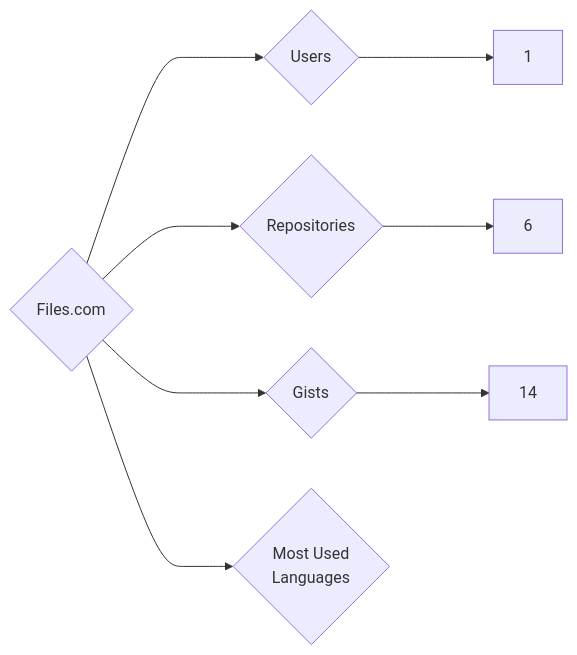
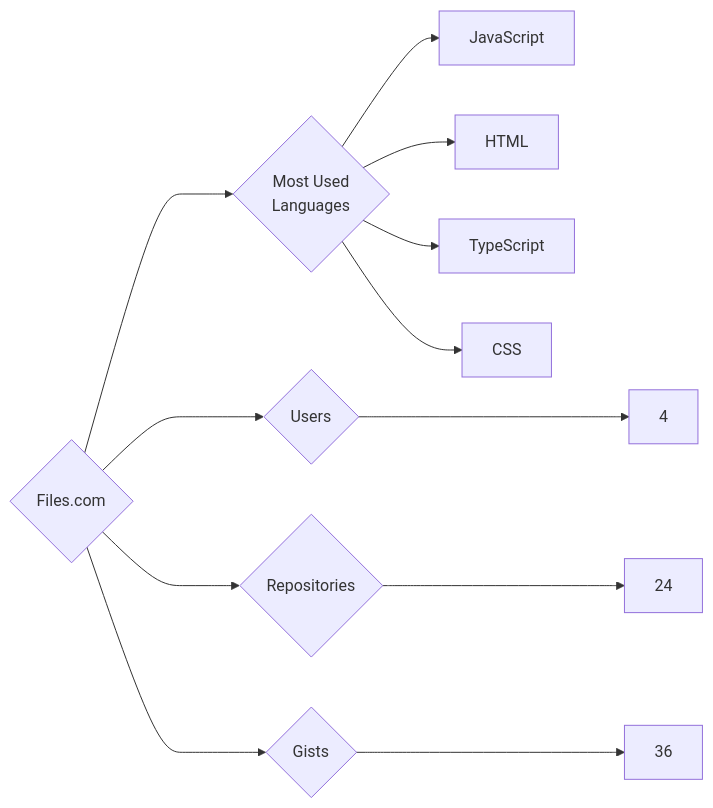
The diagram in targets/Files.com/README.md (trickest/insiders), drawn with Mermaid before and after one commit. The commit also changed 826 other files, not shown here.

````diff
--- a/targets/Files.com/README.md
+++ b/targets/Files.com/README.md
@@ -3,8 +3,12 @@
 ```mermaid
 graph LR
 COMPANY_NAME{Files.com}
-COMPANY_NAME ---> U{Users} ---> UN[1]
-COMPANY_NAME ---> R{Repositories} ---> RN[6]
-COMPANY_NAME ---> G{Gists} ---> GN[14]
+COMPANY_NAME ---> U{Users} ---> UN[4]
+COMPANY_NAME ---> R{Repositories} ---> RN[24]
+COMPANY_NAME ---> G{Gists} ---> GN[36]
 COMPANY_NAME ---> ML{Most Used<br>Languages}
+ML --> JavaScript[JavaScript]
+ML --> HTML[HTML]
+ML --> TypeScript[TypeScript]
+ML --> CSS[CSS]
 ```
````
